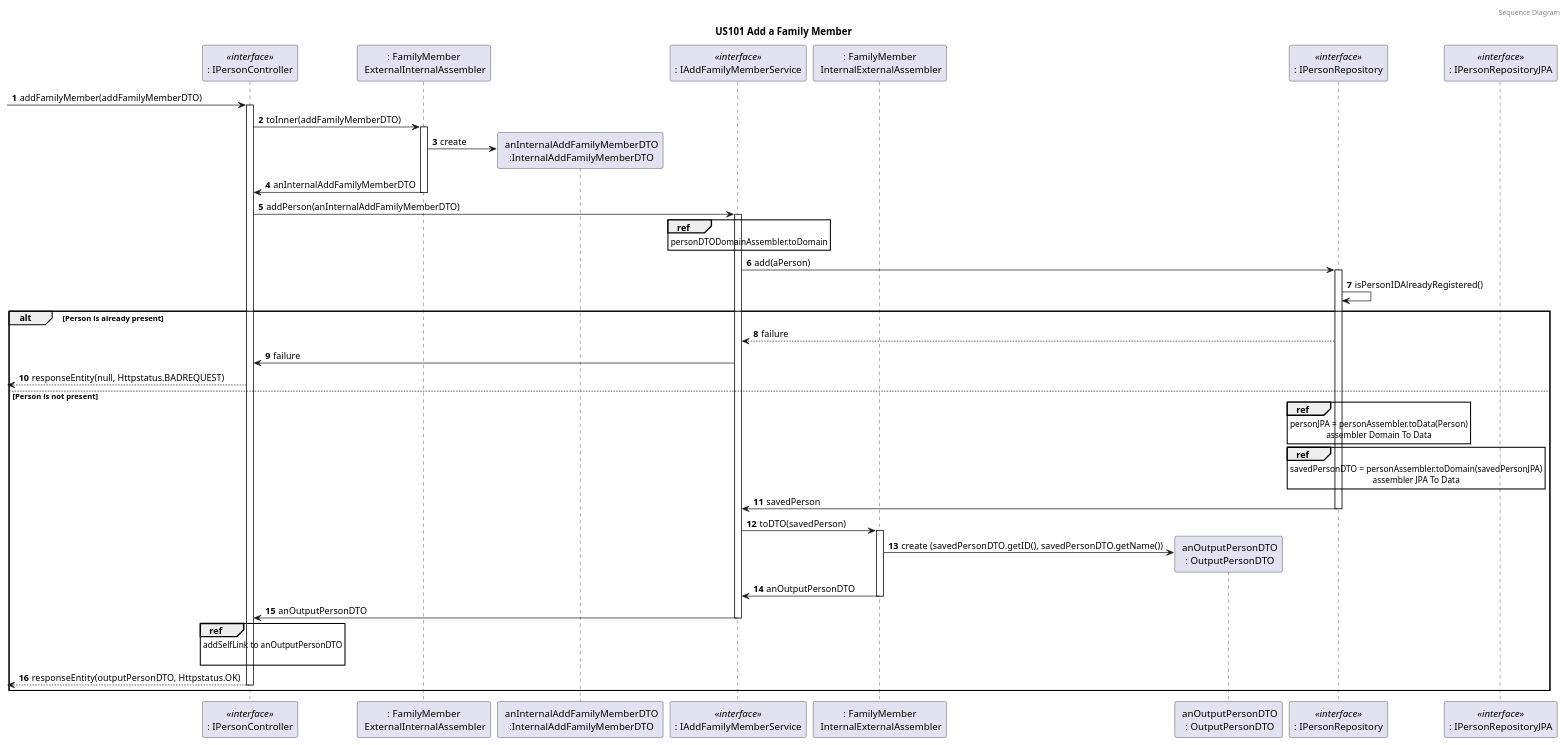
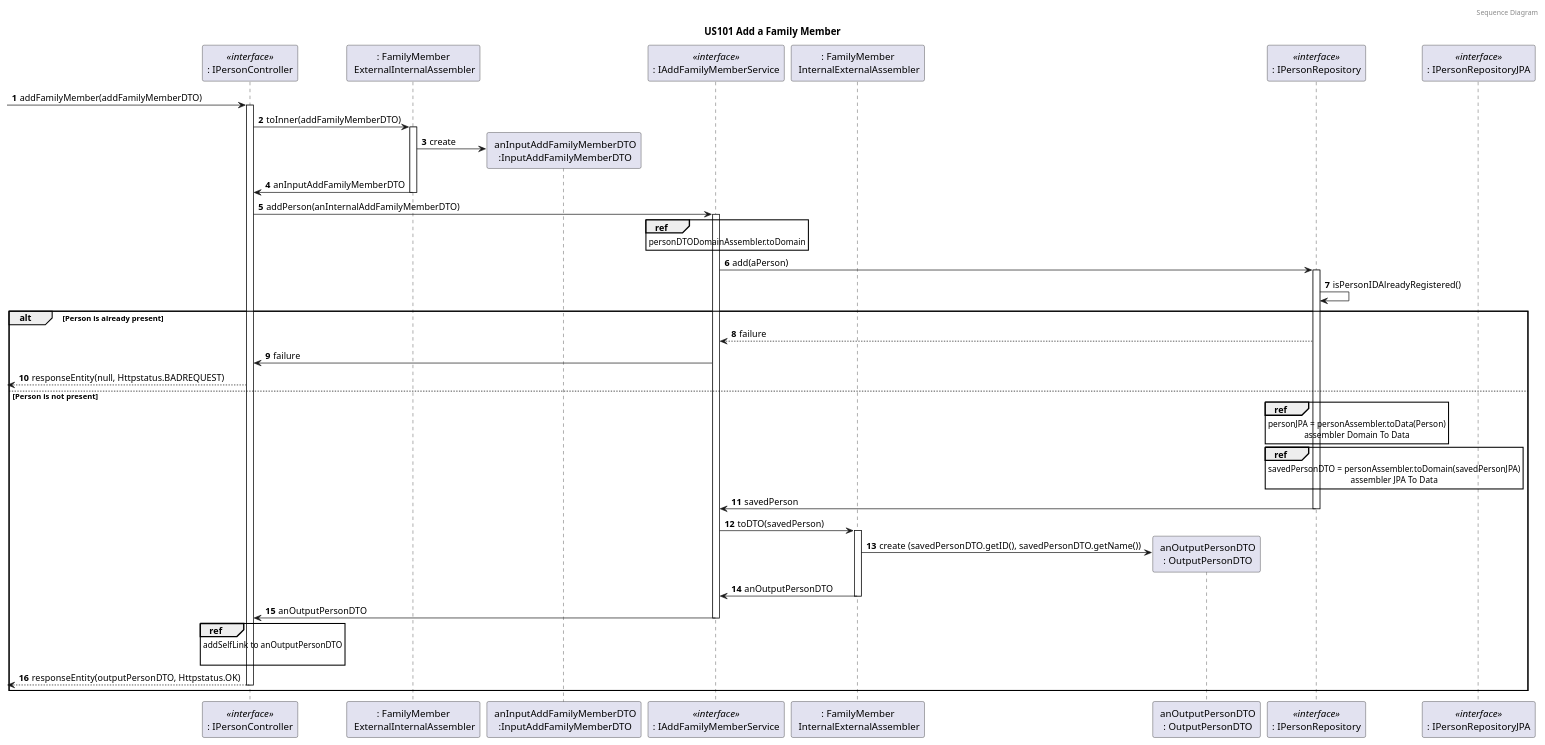
Before and after one commit to tomas-osswald/switch_2020_g3: the fourth of 7 diagrams in docs/sprint5/user_stories/US101_AddFamilyMember.md, drawn with PlantUML. The commit also changed other lines of this file and 3 other files, not shown here.

`````diff
--- a/docs/sprint5/user_stories/US101_AddFamilyMember.md
+++ b/docs/sprint5/user_stories/US101_AddFamilyMember.md
@@ -263,75 +263,75 @@
 ```puml
 @startuml
 autonumber
 header Sequence Diagram
 title US101 Add a Family Member
 
 participant ": IPersonController" as controller <<interface>>
 participant ": FamilyMember\n ExternalInternalAssembler" as outinassembler
-participant " anInternalAddFamilyMemberDTO\n :InternalAddFamilyMemberDTO" as aninaddassembler
+participant " anInputAddFamilyMemberDTO\n :InputAddFamilyMemberDTO" as aninaddassembler
 participant ": IAddFamilyMemberService" as FamilyMemberService <<interface>>
 participant ": FamilyMember\n InternalExternalAssembler" as inoutassembler
 participant " anOutputPersonDTO\n : OutputPersonDTO" as outputPersonDTO
 participant ": IPersonRepository" as prepository  <<interface>>
 participant ": IPersonRepositoryJPA" as prepositoryJPA  <<interface>>
 'participant "aFamilyRepository\n : FamilyRepository" as frepository
 
 -> controller : addFamilyMember(addFamilyMemberDTO)
 activate controller
 controller -> outinassembler : toInner(addFamilyMemberDTO)
 activate outinassembler
 outinassembler -> aninaddassembler** : create
-outinassembler -> controller : anInternalAddFamilyMemberDTO
+outinassembler -> controller : anInputAddFamilyMemberDTO
 deactivate
 controller -> FamilyMemberService : addPerson(anInternalAddFamilyMemberDTO)
 activate FamilyMemberService
 
 ref over FamilyMemberService
 personDTODomainAssembler.toDomain
 end
 
 FamilyMemberService -> prepository : add(aPerson)
 activate prepository
 
 prepository -> prepository : isPersonIDAlreadyRegistered()
 alt Person is already present
 prepository --> FamilyMemberService : failure
 
 FamilyMemberService -> controller : failure
 
 <-- controller : responseEntity(null, Httpstatus.BADREQUEST)
 else Person is not present
 ref over prepository
 personJPA = personAssembler.toData(Person)
 assembler Domain To Data
 end
 
 ref over prepository
 savedPersonDTO = personAssembler.toDomain(savedPersonJPA)
 assembler JPA To Data
 end
 
 prepository -> FamilyMemberService : savedPerson
 deactivate prepository
 deactivate prepositoryJPA
 
 FamilyMemberService  -> inoutassembler : toDTO(savedPerson)
 activate inoutassembler 
 inoutassembler -> outputPersonDTO** : create (savedPersonDTO.getID(), savedPersonDTO.getName())
 inoutassembler ->  FamilyMemberService  : anOutputPersonDTO
 deactivate 
 deactivate prepository
 
 FamilyMemberService -> controller : anOutputPersonDTO
 deactivate FamilyMemberService 
 ref over controller
  addSelfLink to anOutputPersonDTO
 
 end
 deactivate FamilyMemberService
 <-- controller : responseEntity(outputPersonDTO, Httpstatus.OK)
 deactivate controller
 
 end
 @enduml
 ````
`````
